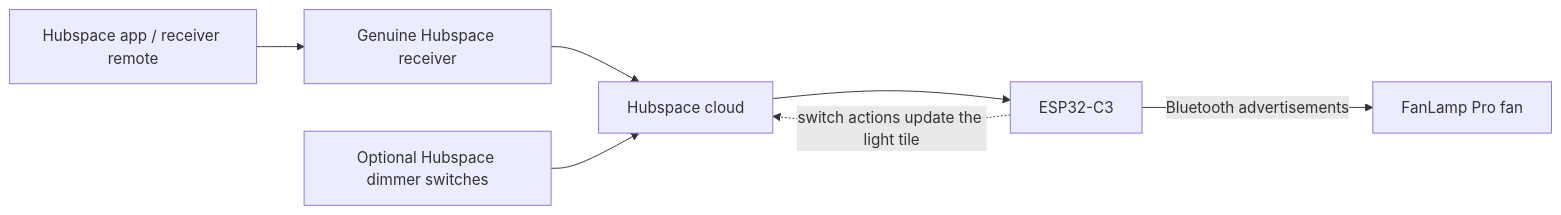
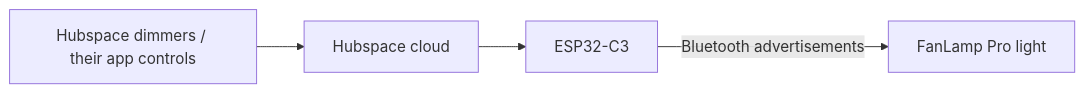
One commit to grdud/hubspace-fanlamp-bridge changed the diagram in README.md. Above: the diagram before and after it, drawn with Mermaid. The commit also changed other lines of this file and 13 other files, not shown here.

Commit message:
Use Hubspace dimmers directly for FanLamp light control

````diff
--- a/README.md
+++ b/README.md
@@ -7,9 +5,6 @@
 ```mermaid
 flowchart LR
-    A[Hubspace app / receiver remote] --> R[Genuine Hubspace receiver]
-    R --> C[Hubspace cloud]
-    S[Optional Hubspace dimmer switches] --> C
+    S[Hubspace dimmers / their app controls] --> C[Hubspace cloud]
     C --> E[ESP32-C3]
-    E -->|Bluetooth advertisements| F[FanLamp Pro fan]
-    E -. switch actions update the light tile .-> C
+    E -->|Bluetooth advertisements| L[FanLamp Pro light]
 ```
````
